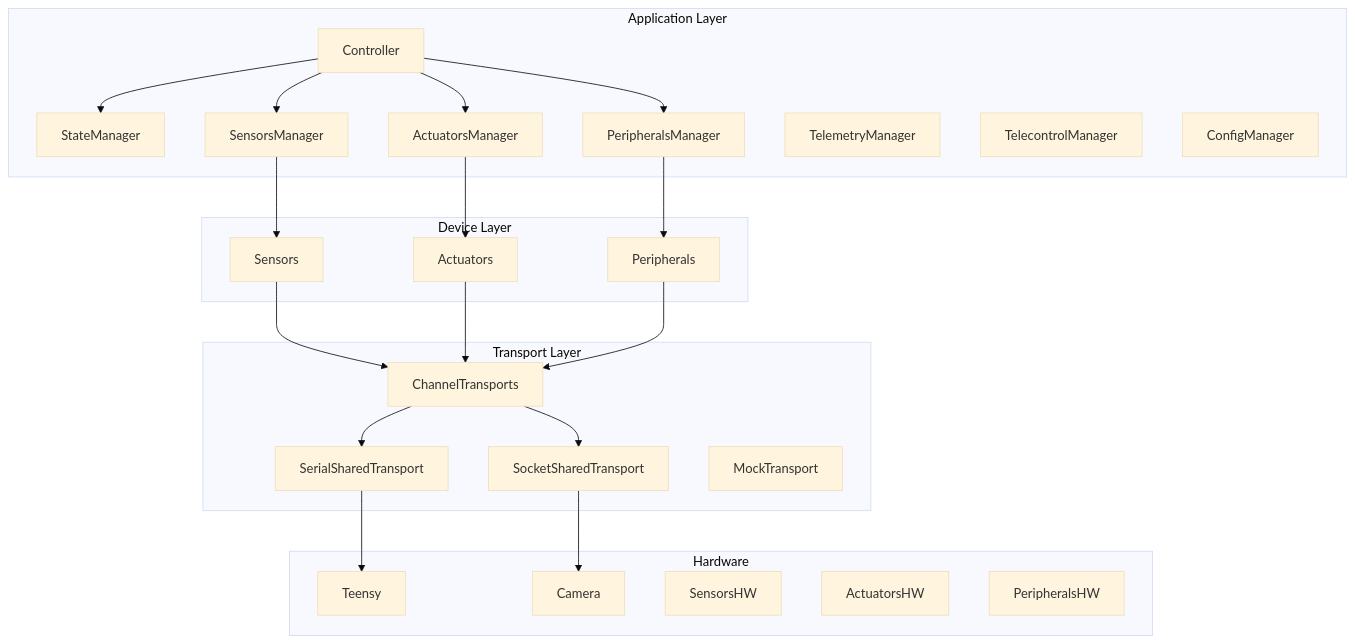
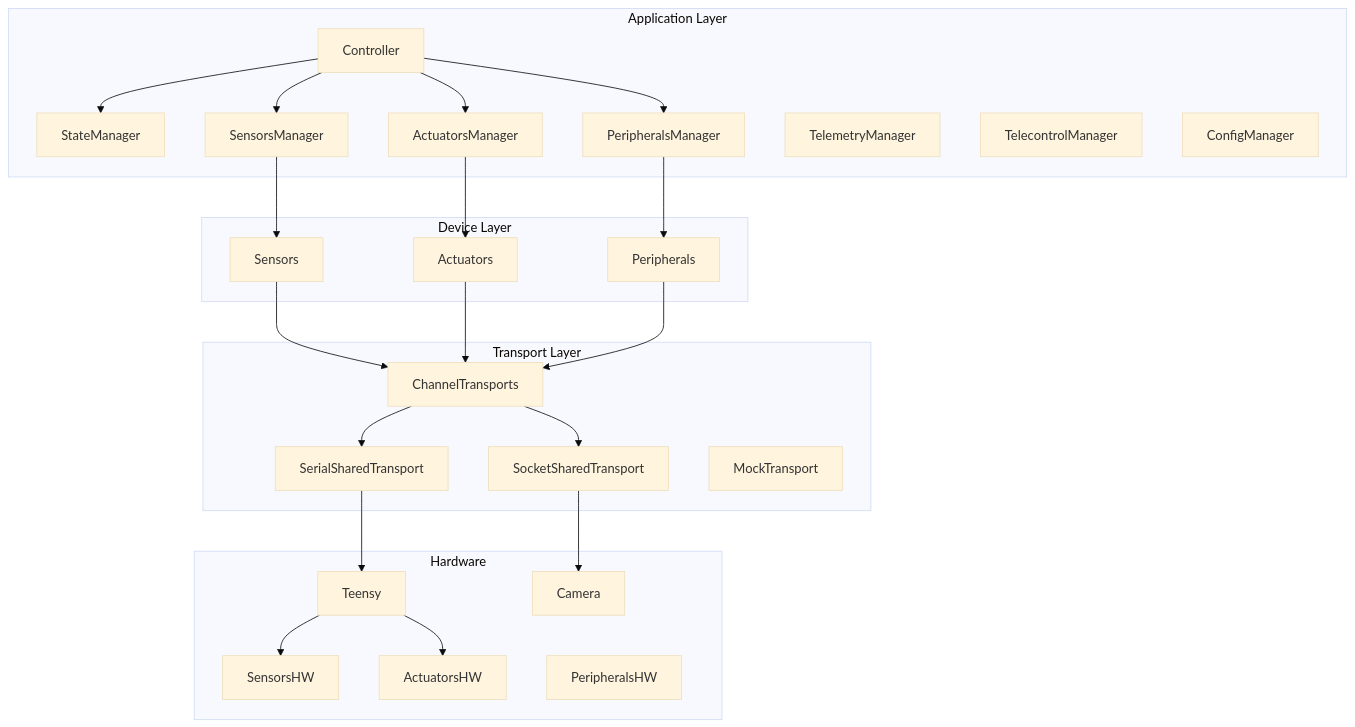
One commit to vmsantosg01/mermaid changed the fourth of 4 diagrams in pat_controller.md. Above: the diagram before and after it, drawn with Mermaid (base theme).

````diff
--- a/pat_controller.md
+++ b/pat_controller.md
@@ -388,53 +388,56 @@
 ```mermaid
 flowchart TB
     subgraph Application Layer
         Controller
         StateManager
         SensorsManager
         ActuatorsManager
         PeripheralsManager
         TelemetryManager
         TelecontrolManager
         ConfigManager
     end
 
     subgraph Device Layer
         Sensors
         Actuators
         Peripherals
     end
 
     subgraph Transport Layer
         SerialSharedTransport
         SocketSharedTransport
         MockTransport
         ChannelTransports
     end
 
     subgraph Hardware
         Teensy
         Camera
         SensorsHW
         ActuatorsHW
         PeripheralsHW
     end
 
     Controller --> StateManager
     Controller --> SensorsManager
     Controller --> ActuatorsManager
     Controller --> PeripheralsManager
 
     SensorsManager --> Sensors
     ActuatorsManager --> Actuators
     PeripheralsManager --> Peripherals
 
     Sensors --> ChannelTransports
     Actuators --> ChannelTransports
     Peripherals --> ChannelTransports
 
     ChannelTransports --> SerialSharedTransport
     ChannelTransports --> SocketSharedTransport
 
     SerialSharedTransport --> Teensy
     SocketSharedTransport --> Camera
+
+    Teensy --> SensorsHW
+    Teensy --> ActuatorsHW
 ```
````
